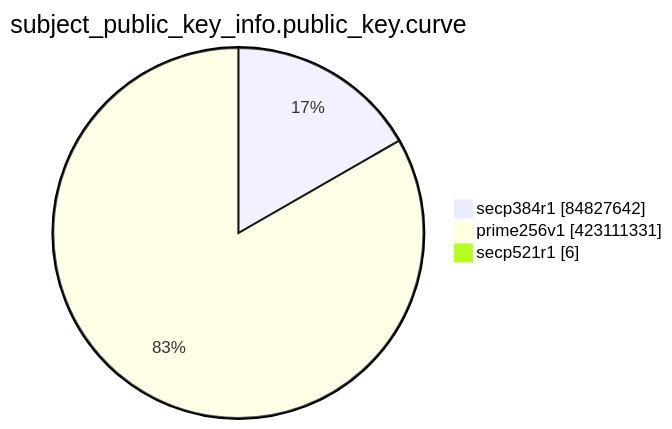
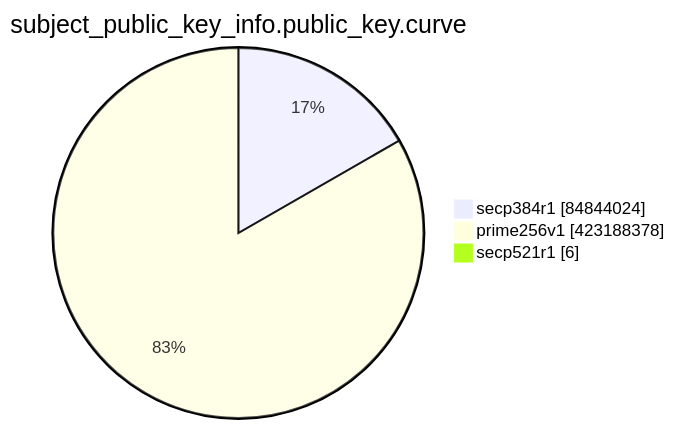
One commit to christiankrug/ctmonitor_visualization changed the eighth of 15 diagrams in TOTAL/README.md. Above: the diagram before and after it, drawn with Mermaid. The commit also changed other lines of this file, not shown here.

````diff
--- a/TOTAL/README.md
+++ b/TOTAL/README.md
@@ -3099,7 +3099,7 @@
 ```mermaid
 pie showData
 title subject_public_key_info.public_key.curve
-"secp384r1" :84827642
-"prime256v1" :423111331
+"secp384r1" :84844024
+"prime256v1" :423188378
 "secp521r1" :6
 ```
````
